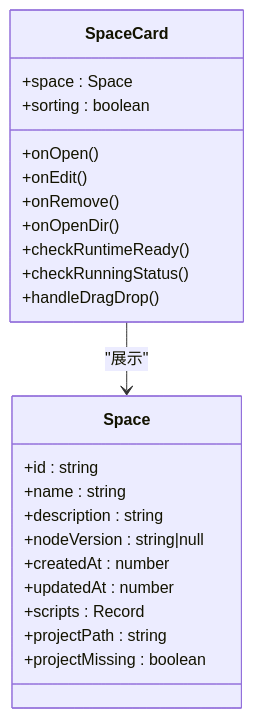
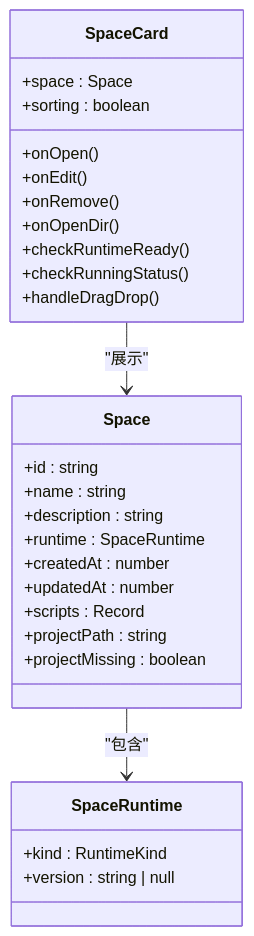
The fourth of 8 diagrams in .qoder/repowiki/zh/content/前端应用架构/页面组件/空间管理页面.md (hozeeee/script-box), drawn with Mermaid before and after one commit. The commit also changed other lines of this file and 6 other files, not shown here.

````diff
--- a/.qoder/repowiki/zh/content/前端应用架构/页面组件/空间管理页面.md
+++ b/.qoder/repowiki/zh/content/前端应用架构/页面组件/空间管理页面.md
@@ -196,26 +168,31 @@
 ```mermaid
 classDiagram
 class SpaceCard {
 +space : Space
 +onOpen()
 +onEdit()
 +onRemove()
 +onOpenDir()
 +sorting : boolean
 +checkRuntimeReady()
 +checkRunningStatus()
 +handleDragDrop()
 }
 class Space {
 +id : string
 +name : string
 +description : string
-+nodeVersion : string|null
++runtime : SpaceRuntime
 +createdAt : number
 +updatedAt : number
 +scripts : Record<string, any>
 +projectPath : string
 +projectMissing : boolean
 }
+class SpaceRuntime {
++kind : RuntimeKind
++version : string | null
+}
 SpaceCard --> Space : "展示"
+Space --> SpaceRuntime : "包含"
 ```
````
